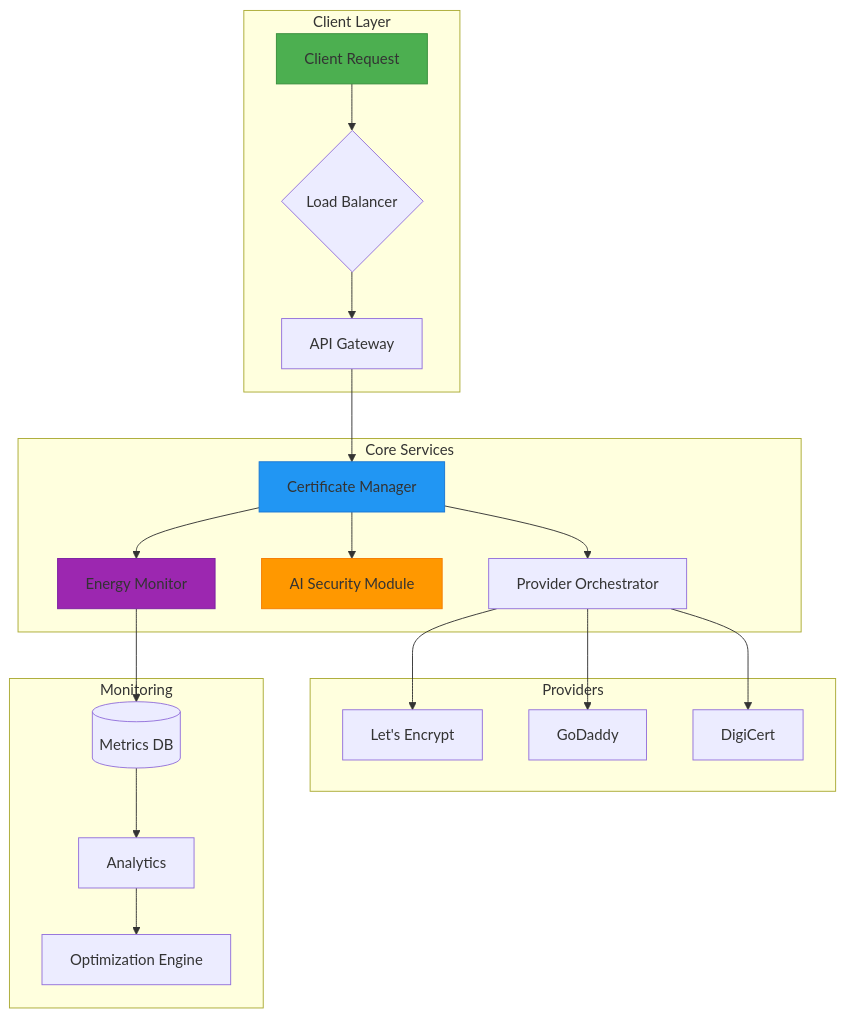
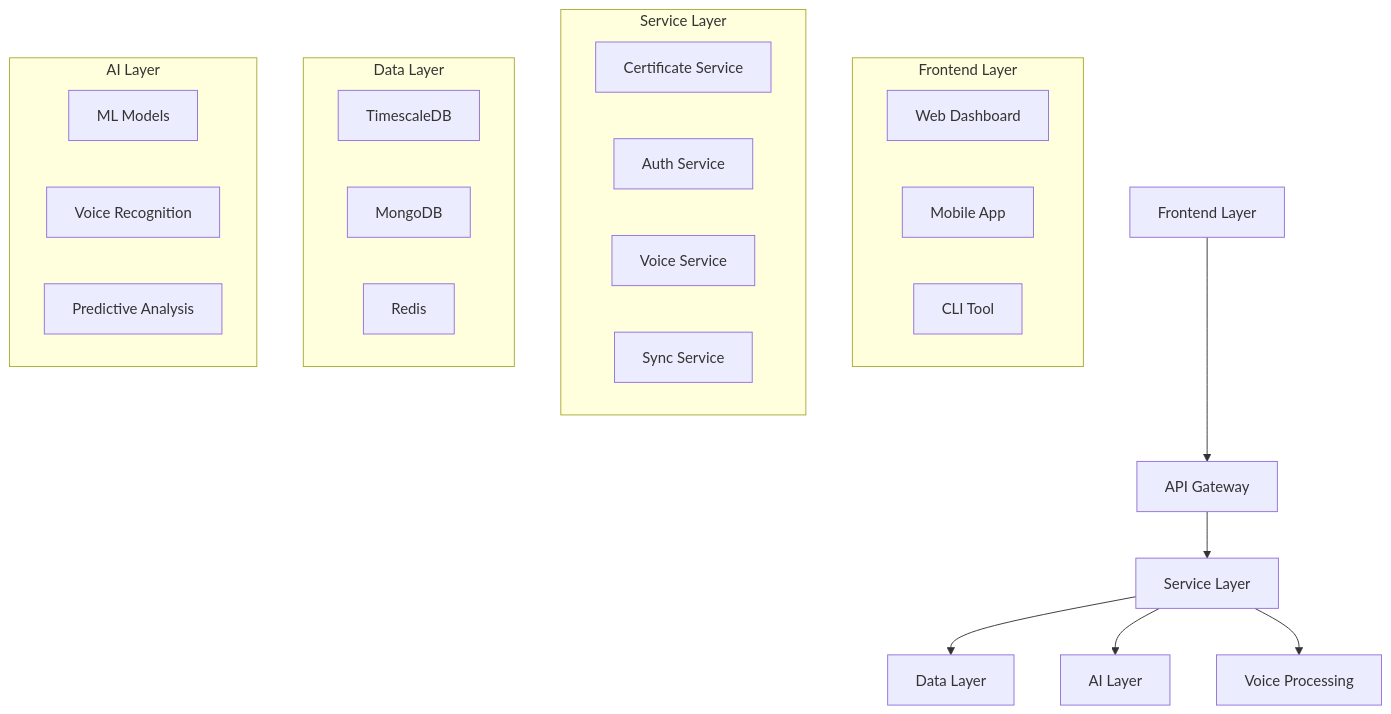
The diagram in docs/ARCHITECTURE.md (nabz0r/universal-ssl-validator), drawn with Mermaid before and after one commit. The commit also changed other lines of this file and 2 other files, not shown here.

Commit message:
Update documentation with voice commands integration

````diff
--- a/docs/ARCHITECTURE.md
+++ b/docs/ARCHITECTURE.md
@@ -5,31 +5,33 @@
 ```mermaid
 graph TD
-    subgraph Client Layer
-        A[Client Request] --> B{Load Balancer}
-        B --> C[API Gateway]
+    A[Frontend Layer] --> B[API Gateway]
+    B --> C[Service Layer]
+    C --> D[Data Layer]
+    C --> E[AI Layer]
+    C --> F[Voice Processing]
+
+    subgraph Frontend Layer
+        A1[Web Dashboard]
+        A2[Mobile App]
+        A3[CLI Tool]
     end
 
-    subgraph Core Services
-        C --> D[Certificate Manager]
-        D --> E[Provider Orchestrator]
-        D --> F[AI Security Module]
-        D --> G[Energy Monitor]
+    subgraph Service Layer
+        C1[Certificate Service]
+        C2[Auth Service]
+        C3[Voice Service]
+        C4[Sync Service]
     end
 
-    subgraph Providers
-        E --> H[Let's Encrypt]
-        E --> I[GoDaddy]
-        E --> J[DigiCert]
+    subgraph Data Layer
+        D1[TimescaleDB]
+        D2[MongoDB]
+        D3[Redis]
     end
 
-    subgraph Monitoring
-        G --> K[(Metrics DB)]
-        K --> L[Analytics]
-        L --> M[Optimization Engine]
+    subgraph AI Layer
+        E1[ML Models]
+        E2[Voice Recognition]
+        E3[Predictive Analysis]
     end
-
-    style A fill:#4CAF50,stroke:#388E3C
-    style D fill:#2196F3,stroke:#1976D2
-    style F fill:#FF9800,stroke:#F57C00
-    style G fill:#9C27B0,stroke:#7B1FA2
 ```
````
